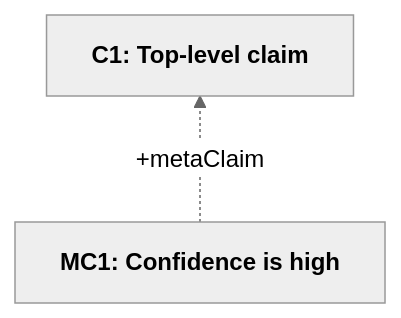
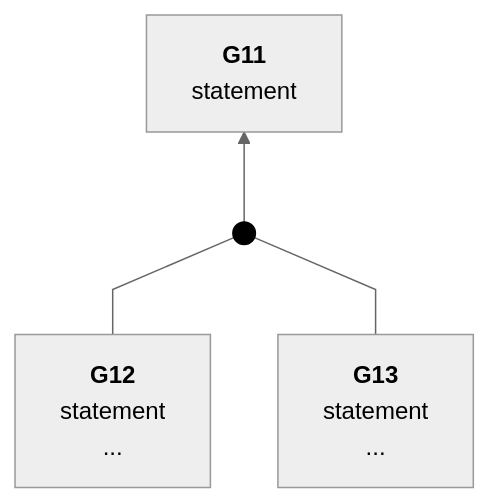
One commit to coreinfrastructure/best-practices-badge changed diagram 12 of 18 in docs/sacm-mermaid.md. Above: the diagram before and after it, drawn with Mermaid. The commit also changed other lines of this file, not shown here.

First line of the commit message:
Sacm mermaid improvements (#2725)

````diff
--- a/docs/sacm-mermaid.md
+++ b/docs/sacm-mermaid.md
@@ -1020,16 +1194,22 @@
 ```mermaid
 ---
 config:
   theme: neutral
   flowchart:
     curve: linear
     htmlLabels: true
     rankSpacing: 60
     nodeSpacing: 45
     padding: 15
 ---
 flowchart BT
-    C1["<b>C1: Top-level claim<b>"]
-    MC1["<b>MC1: Confidence is high<b>"]
-    MC1 -. "+metaClaim" .-> C1
+    classDef sacmDot fill:#000,stroke:#000
+    G11["<b>G11</b><br>statement"]
+    G12["<b>G12</b><br>statement<br>..."]
+    G13["<b>G13</b><br>statement<br>..."]
+    Inf1((" ")):::sacmDot
+
+    G12 --- Inf1
+    G13 --- Inf1
+    Inf1 --> G11
 ```
````
